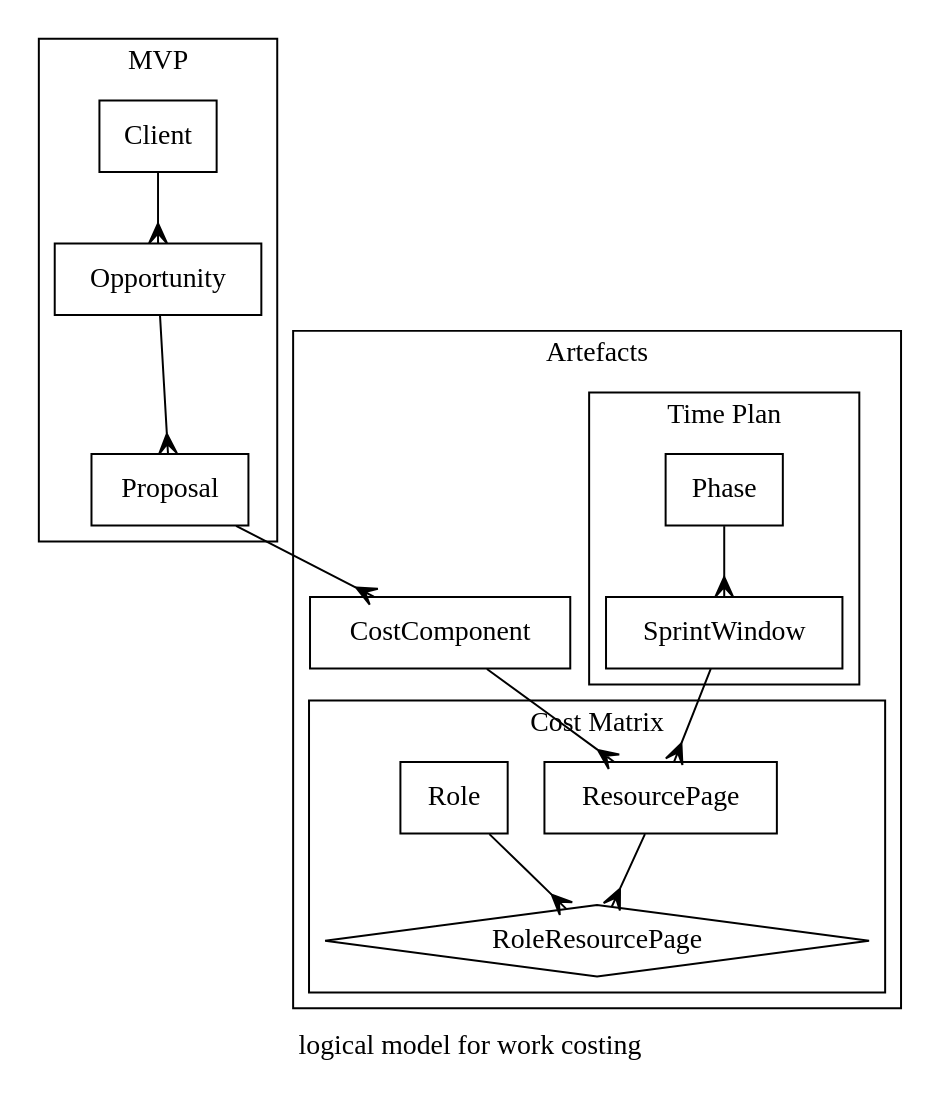
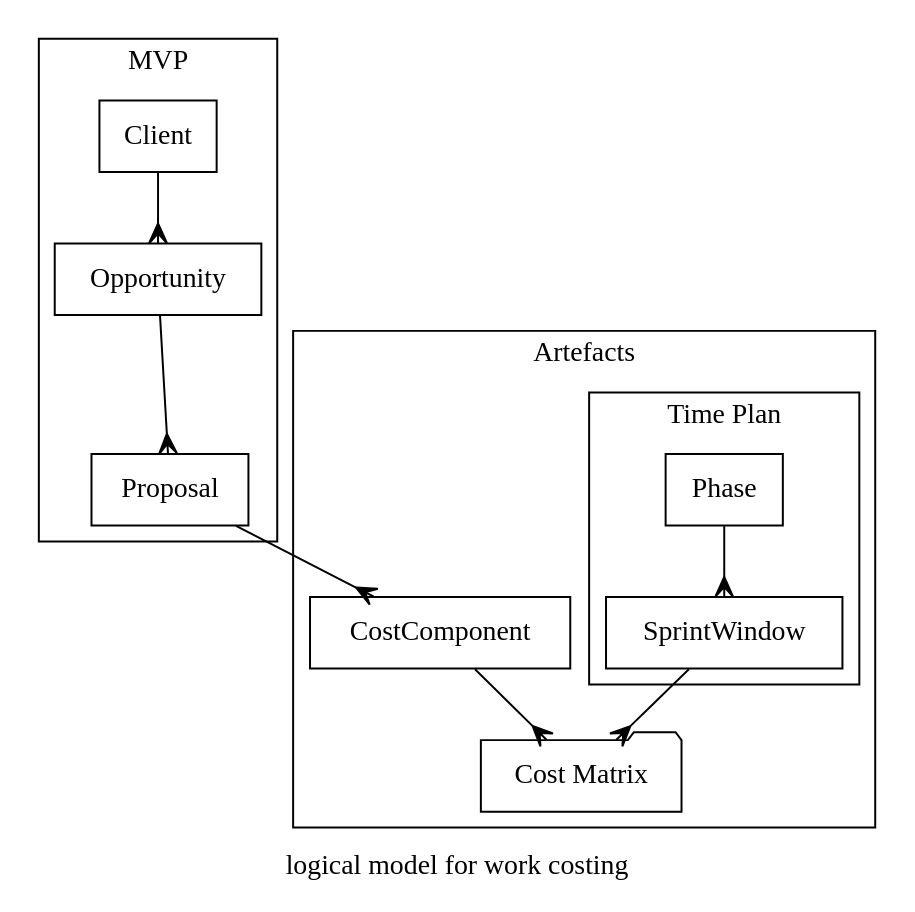
Before and after one commit to monkeypants/bd-teamsport: the first of 3 diagrams in docs/domain.rst, drawn with Graphviz. The commit also changed other lines of this file and 1 other file, not shown here.

```diff
--- a/docs/domain.rst
+++ b/docs/domain.rst
@@ -5,31 +5,24 @@
 .. graphviz::
 
    digraph d {
       node [shape=rectangle];
       edge [arrowhead=crow];
       label="logical model for work costing";
 
       subgraph cluster_MVP {
          label="MVP"
 	 Client -> Opportunity -> Proposal
       }
 
       subgraph cluster_artefacts {
          label="Artefacts";
 	 Proposal -> CostComponent;
 	 subgraph cluster_time_plan {
             label="Time Plan";
 	    Phase -> SprintWindow;
 	 }
-	 subgraph cluster_cost_matrix {
-            label="Cost Matrix";
-	    ResourcePage;
-	    Role;
-	    RoleResourcePage [shape=diamond];
-	    ResourcePage -> RoleResourcePage;
-	    Role -> RoleResourcePage;
-	 }
-	 CostComponent -> ResourcePage;
-	 SprintWindow -> ResourcePage
+	 cm [label="Cost Matrix" shape=folder];
+	 CostComponent -> cm;
+	 SprintWindow -> cm;
       }
    }
```
